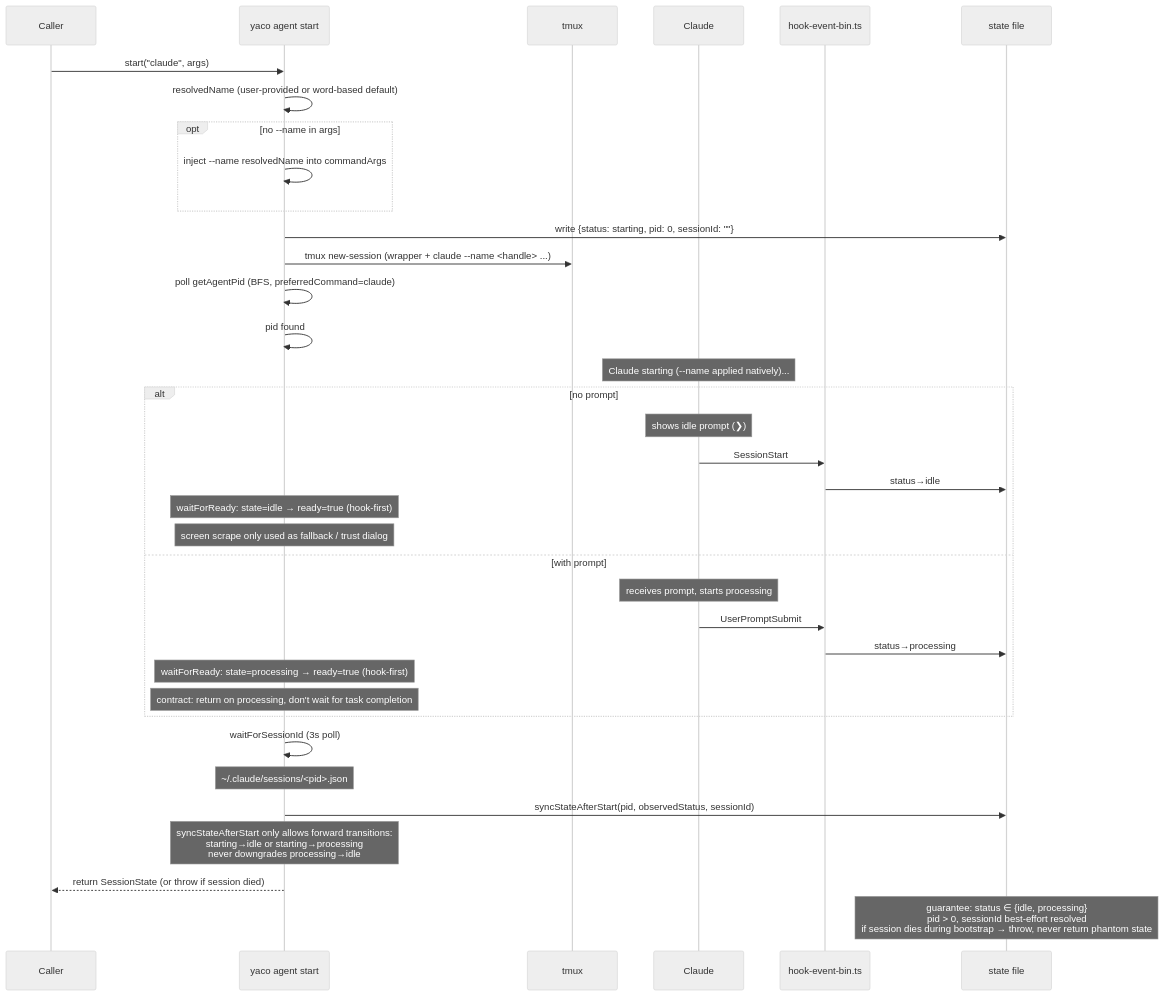
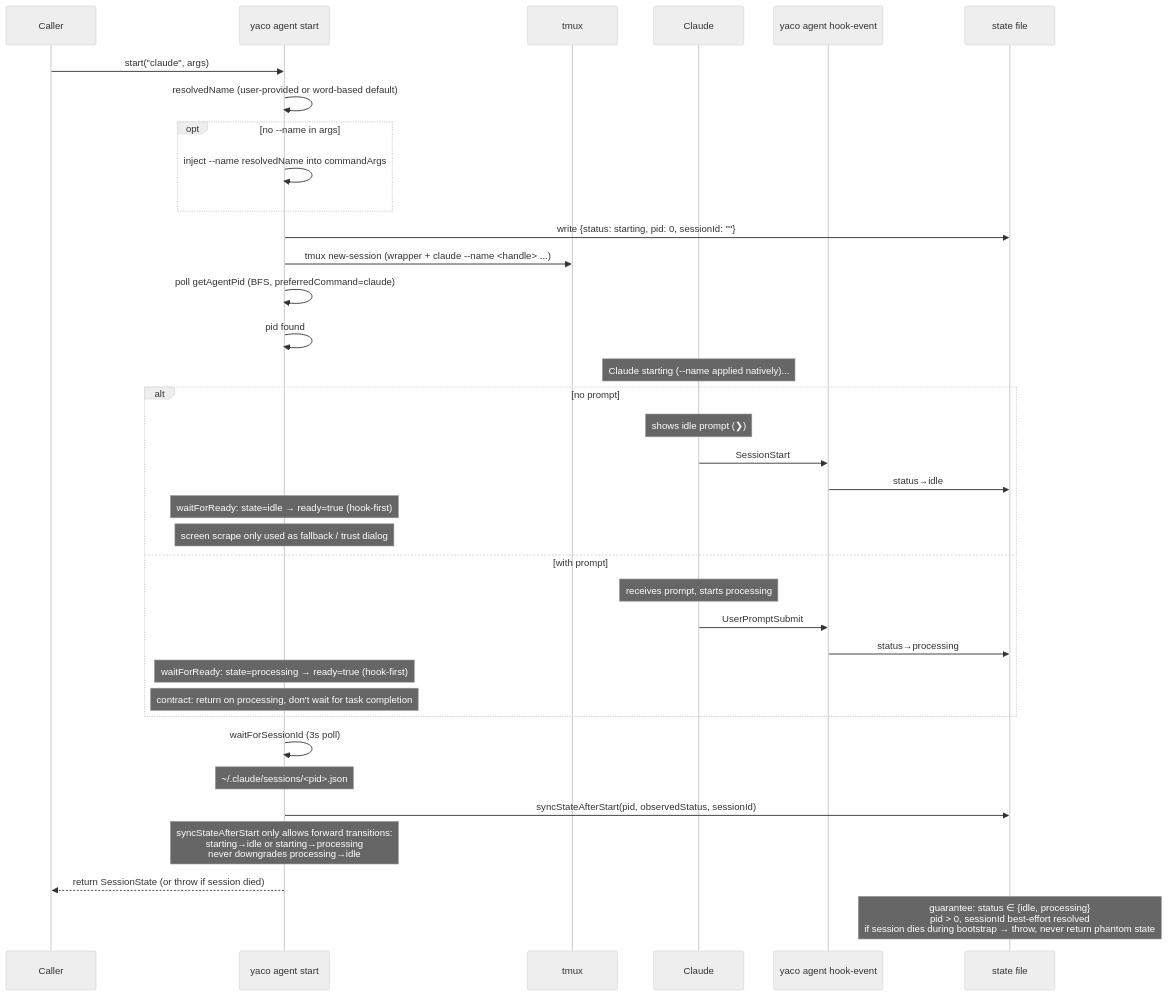
Before and after one commit to imoonkey/yaco: the fourth of 7 diagrams in doc/main/cli/lifecycle.md, drawn with Mermaid (neutral theme). The commit also changed 6 other files, not shown here.

````diff
--- a/doc/main/cli/lifecycle.md
+++ b/doc/main/cli/lifecycle.md
@@ -135,43 +135,43 @@
 ```mermaid
 sequenceDiagram
     participant U as Caller
     participant M as yaco agent start
     participant T as tmux
     participant A as Claude
-    participant H as hook-event-bin.ts
+    participant H as yaco agent hook-event
     participant S as state file
 
     U->>M: start("claude", args)
     M->>M: resolvedName (user-provided or word-based default)
     opt no --name in args
         M->>M: inject --name resolvedName into commandArgs
     end
     M->>S: write {status: starting, pid: 0, sessionId: ""}
     M->>T: tmux new-session (wrapper + claude --name <handle> ...)
     M->>M: poll getAgentPid (BFS, preferredCommand=claude)
     M->>M: pid found
 
     Note over A: Claude starting (--name applied natively)...
 
     alt no prompt
         Note over A: shows idle prompt (❯)
         A->>H: SessionStart
         H->>S: status→idle
         Note over M: waitForReady: state=idle → ready=true (hook-first)
         Note over M: screen scrape only used as fallback / trust dialog
     else with prompt
         Note over A: receives prompt, starts processing
         A->>H: UserPromptSubmit
         H->>S: status→processing
         Note over M: waitForReady: state=processing → ready=true (hook-first)
         Note over M: contract: return on processing, don't wait for task completion
     end
 
     M->>M: waitForSessionId (3s poll)
     Note over M: ~/.claude/sessions/<pid>.json
     M->>S: syncStateAfterStart(pid, observedStatus, sessionId)
     Note over M: syncStateAfterStart only allows forward transitions:<br/>starting→idle or starting→processing<br/>never downgrades processing→idle
     M-->>U: return SessionState (or throw if session died)
 
     Note over S: guarantee: status ∈ {idle, processing}<br/>pid > 0, sessionId best-effort resolved<br/>if session dies during bootstrap → throw, never return phantom state
 ```
````
